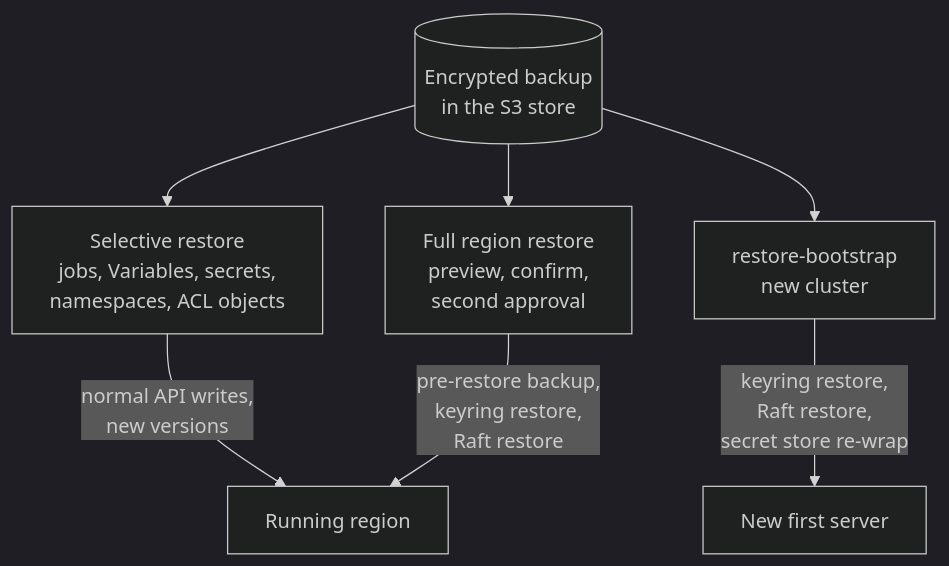
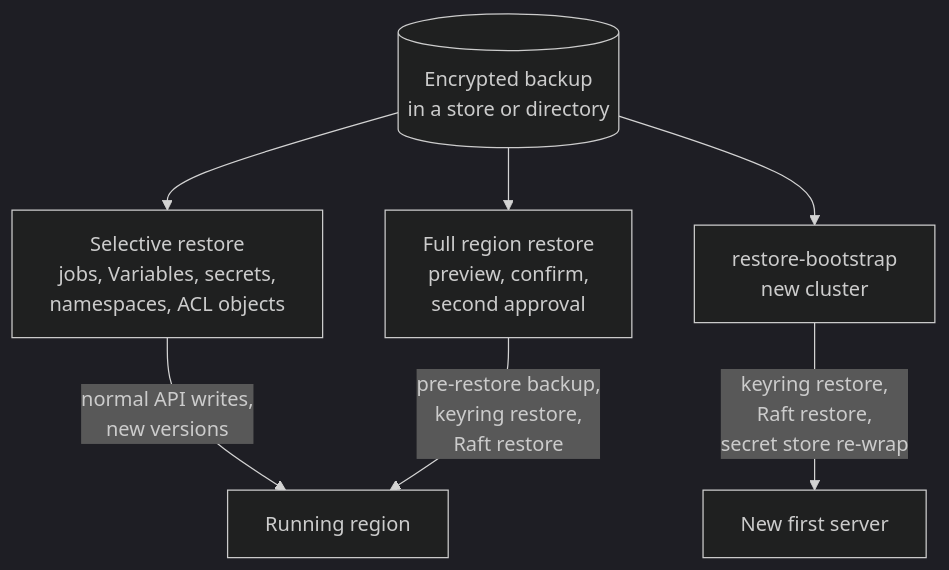
One commit to bacanoo-io/norca-doc changed the third of 3 diagrams in content/docs/features/backup-restore.md. Above: the diagram before and after it, drawn with Mermaid (dark theme). The commit also changed other lines of this file and 10 other files, not shown here.

````diff
--- a/content/docs/features/backup-restore.md
+++ b/content/docs/features/backup-restore.md
@@ -185,10 +209,10 @@
 ```mermaid
 flowchart TB
-  B[("Encrypted backup<br/>in the S3 store")]
+  B[("Encrypted backup<br/>in a store or directory")]
   B --> SEL["Selective restore<br/>jobs, Variables, secrets,<br/>namespaces, ACL objects"]
   B --> FULL["Full region restore<br/>preview, confirm,<br/>second approval"]
   B --> BOOT["restore-bootstrap<br/>new cluster"]
   SEL -- "normal API writes,<br/>new versions" --> R1["Running region"]
   FULL -- "pre-restore backup,<br/>keyring restore,<br/>Raft restore" --> R1
   BOOT -- "keyring restore,<br/>Raft restore,<br/>secret store re-wrap" --> R2["New first server"]
 ```
````
